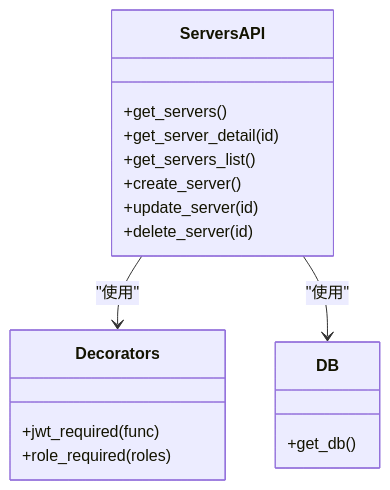
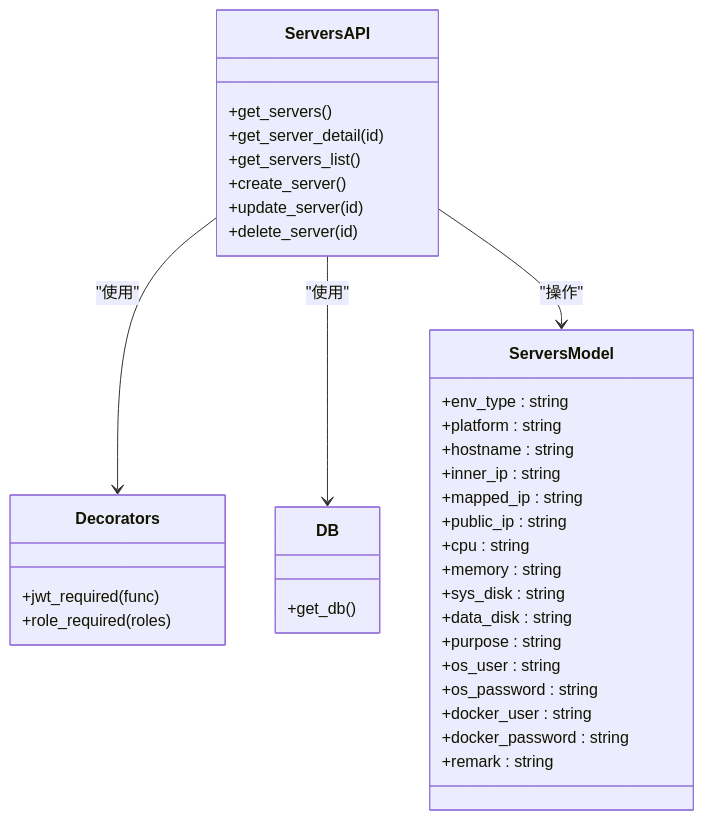
The fifth of 8 diagrams in .qoder/repowiki/zh/content/核心功能模块/服务器管理模块.md (ismine3/OPS), drawn with Mermaid before and after one commit. The commit also changed other lines of this file and 17 other files, not shown here.

````diff
--- a/.qoder/repowiki/zh/content/核心功能模块/服务器管理模块.md
+++ b/.qoder/repowiki/zh/content/核心功能模块/服务器管理模块.md
@@ -217,20 +258,39 @@
 ```mermaid
 classDiagram
 class ServersAPI {
 +get_servers()
 +get_server_detail(id)
 +get_servers_list()
 +create_server()
 +update_server(id)
 +delete_server(id)
 }
 class Decorators {
 +jwt_required(func)
 +role_required(roles)
 }
 class DB {
 +get_db()
 }
+class ServersModel {
++env_type : string
++platform : string
++hostname : string
++inner_ip : string
++mapped_ip : string
++public_ip : string
++cpu : string
++memory : string
++sys_disk : string
++data_disk : string
++purpose : string
++os_user : string
++os_password : string
++docker_user : string
++docker_password : string
++remark : string
+}
 ServersAPI --> Decorators : "使用"
 ServersAPI --> DB : "使用"
+ServersAPI --> ServersModel : "操作"
 ```
````
